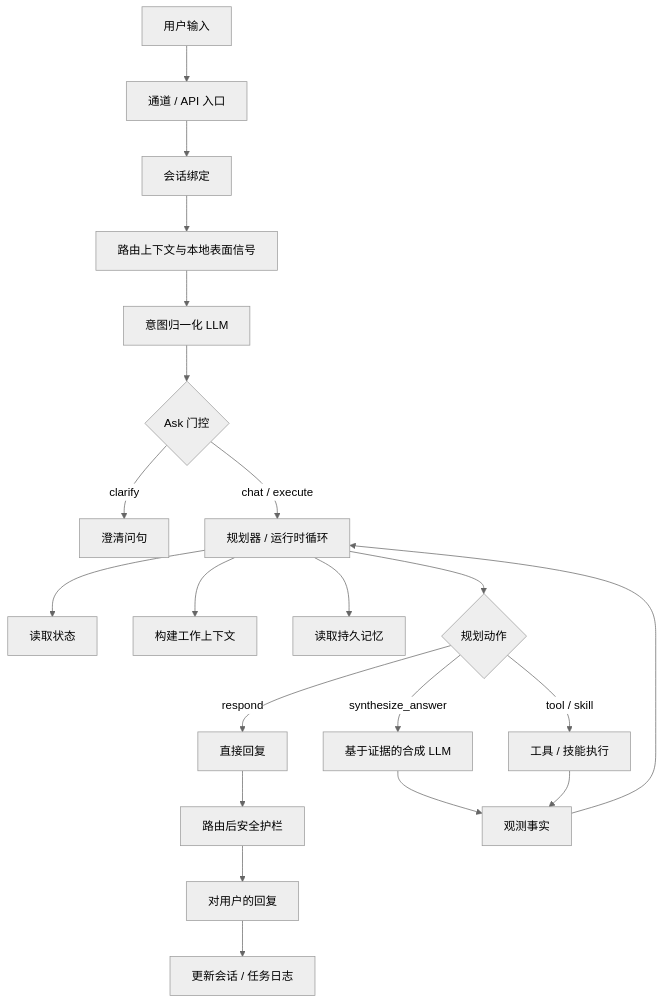
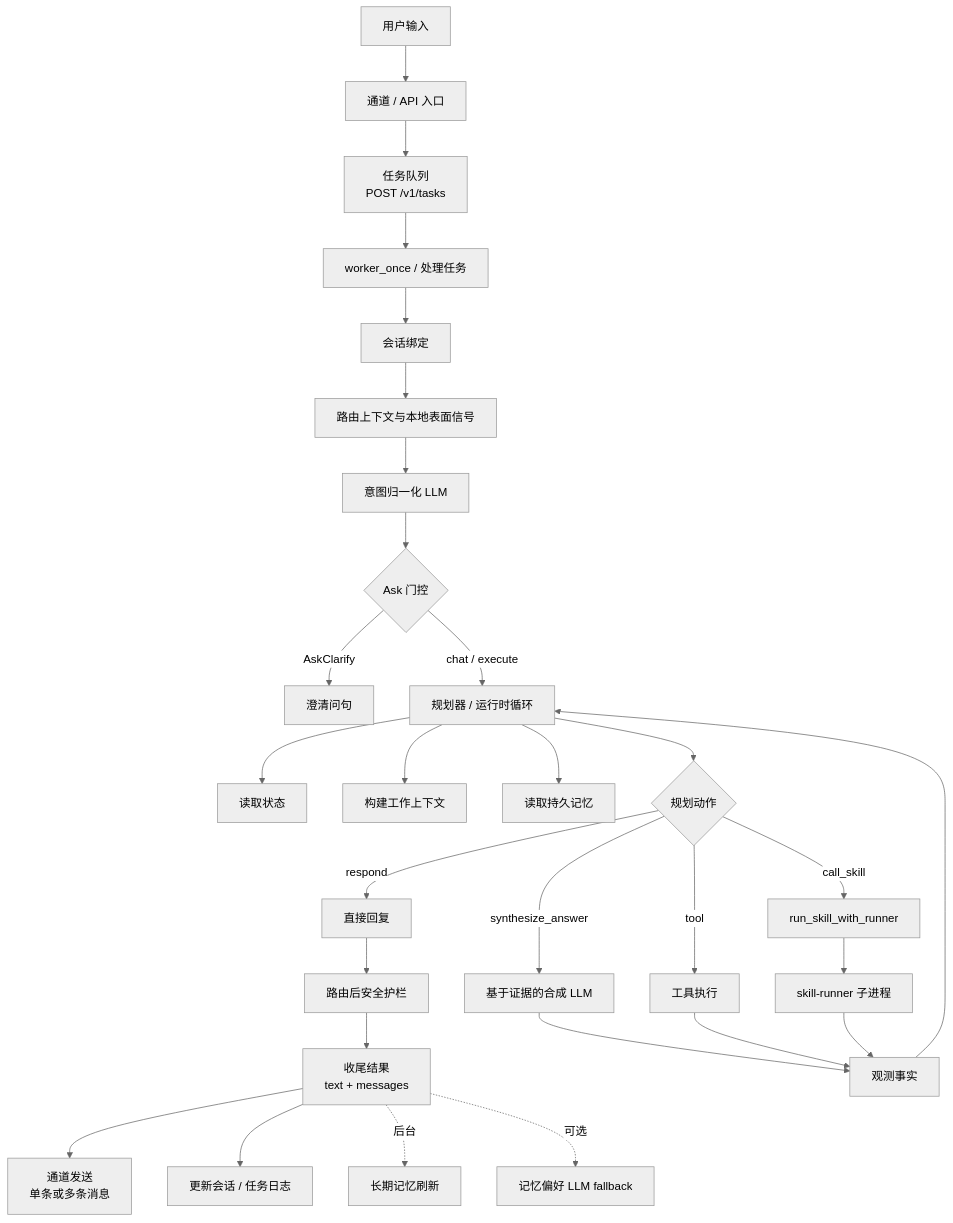
One commit to MatrixCoreX/RustClaw changed the first of 2 diagrams in README.zh-CN.md. Above: the diagram before and after it, drawn with Mermaid (neutral theme). The commit also changed other lines of this file and 1 other file, not shown here.

Commit message:
align README flowcharts with runtime

````diff
--- a/README.zh-CN.md
+++ b/README.zh-CN.md
@@ -28,23 +28,31 @@
 ```mermaid
 flowchart TD
     A[用户输入] --> B[通道 / API 入口]
-    B --> C[会话绑定]
+    B --> B1[任务队列<br/>POST /v1/tasks]
+    B1 --> B2[worker_once / 处理任务]
+    B2 --> C[会话绑定]
     C --> D[路由上下文与本地表面信号]
     D --> E[意图归一化 LLM]
     E --> F{Ask 门控}
-    F -->|clarify| G[澄清问句]
+    F -->|AskClarify| G[澄清问句]
     F -->|chat / execute| H[规划器 / 运行时循环]
     H --> I[读取状态]
     H --> J[构建工作上下文]
     H --> K[读取持久记忆]
     H --> L{规划动作}
     L -->|respond| M[直接回复]
     L -->|synthesize_answer| SS[基于证据的合成 LLM]
-    L -->|tool / skill| N[工具 / 技能执行]
+    L -->|tool| N[工具执行]
+    L -->|call_skill| N1[run_skill_with_runner]
+    N1 --> N2[skill-runner 子进程]
+    N2 --> P
     N --> P[观测事实]
     SS --> P
     P --> H
     M --> Q[路由后安全护栏]
-    Q --> R[对用户的回复]
-    R --> S[更新会话 / 任务日志]
+    Q --> R[收尾结果<br/>text + messages]
+    R --> S[通道发送<br/>单条或多条消息]
+    R --> T[更新会话 / 任务日志]
+    R -. 后台 .-> U[长期记忆刷新]
+    R -. 可选 .-> V[记忆偏好 LLM fallback]
 ```
````
